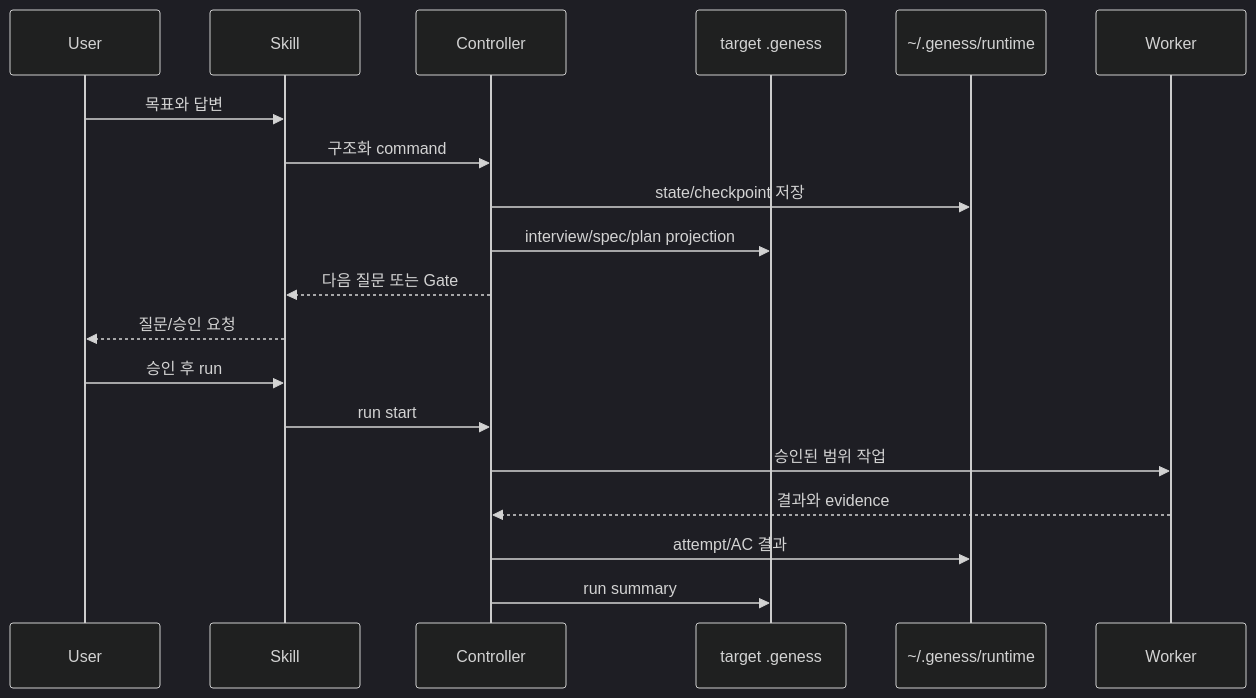
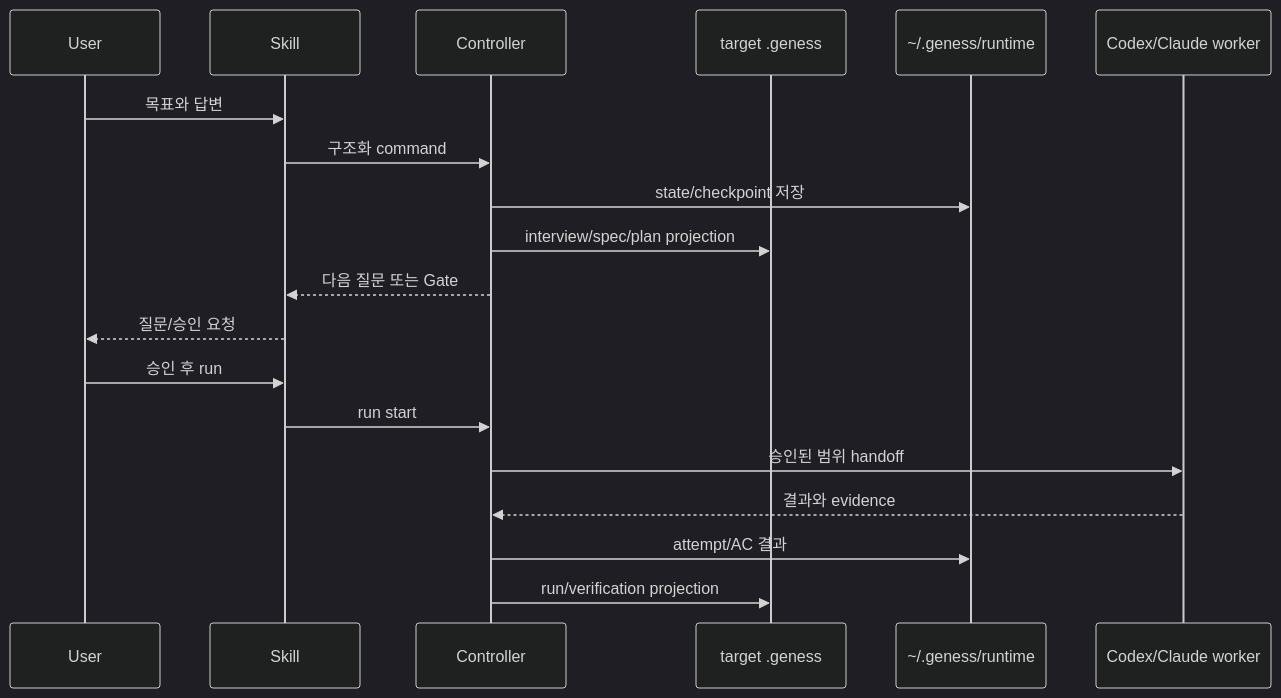
One commit to claude-studio/geness changed the diagram in docs/01_ARCHITECTURE.md. Above: the diagram before and after it, drawn with Mermaid (dark theme). The commit also changed other lines of this file and 4 other files, not shown here.

Commit message:
docs(host): setup과 Claude Codex bridge 계약 정렬

````diff
--- a/docs/01_ARCHITECTURE.md
+++ b/docs/01_ARCHITECTURE.md
@@ -105,22 +105,22 @@
 ```mermaid
 sequenceDiagram
     participant User
     participant Skill
     participant Controller
     participant Docs as target .geness
     participant Runtime as ~/.geness/runtime
-    participant Worker
+    participant Worker as Codex/Claude worker
 
     User->>Skill: 목표와 답변
     Skill->>Controller: 구조화 command
     Controller->>Runtime: state/checkpoint 저장
     Controller->>Docs: interview/spec/plan projection
     Controller-->>Skill: 다음 질문 또는 Gate
     Skill-->>User: 질문/승인 요청
     User->>Skill: 승인 후 run
     Skill->>Controller: run start
-    Controller->>Worker: 승인된 범위 작업
+    Controller->>Worker: 승인된 범위 handoff
     Worker-->>Controller: 결과와 evidence
     Controller->>Runtime: attempt/AC 결과
-    Controller->>Docs: run summary
+    Controller->>Docs: run/verification projection
 ```
````
